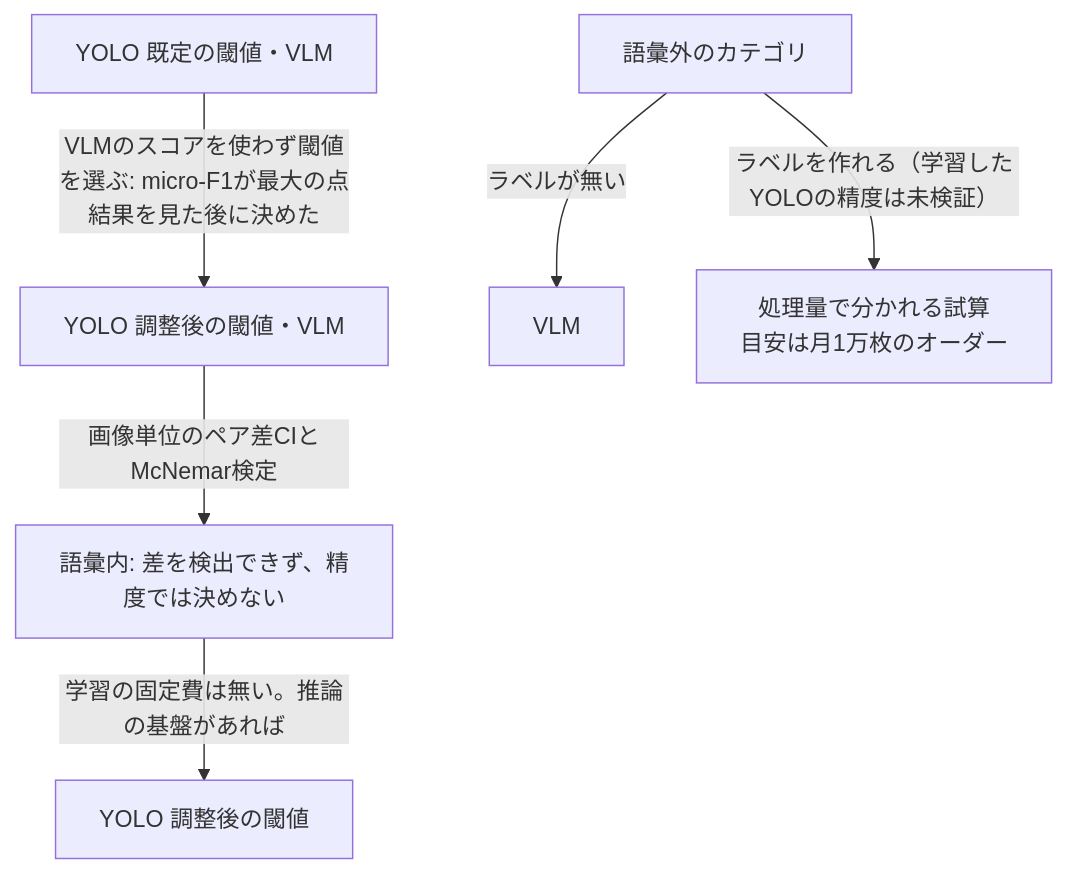
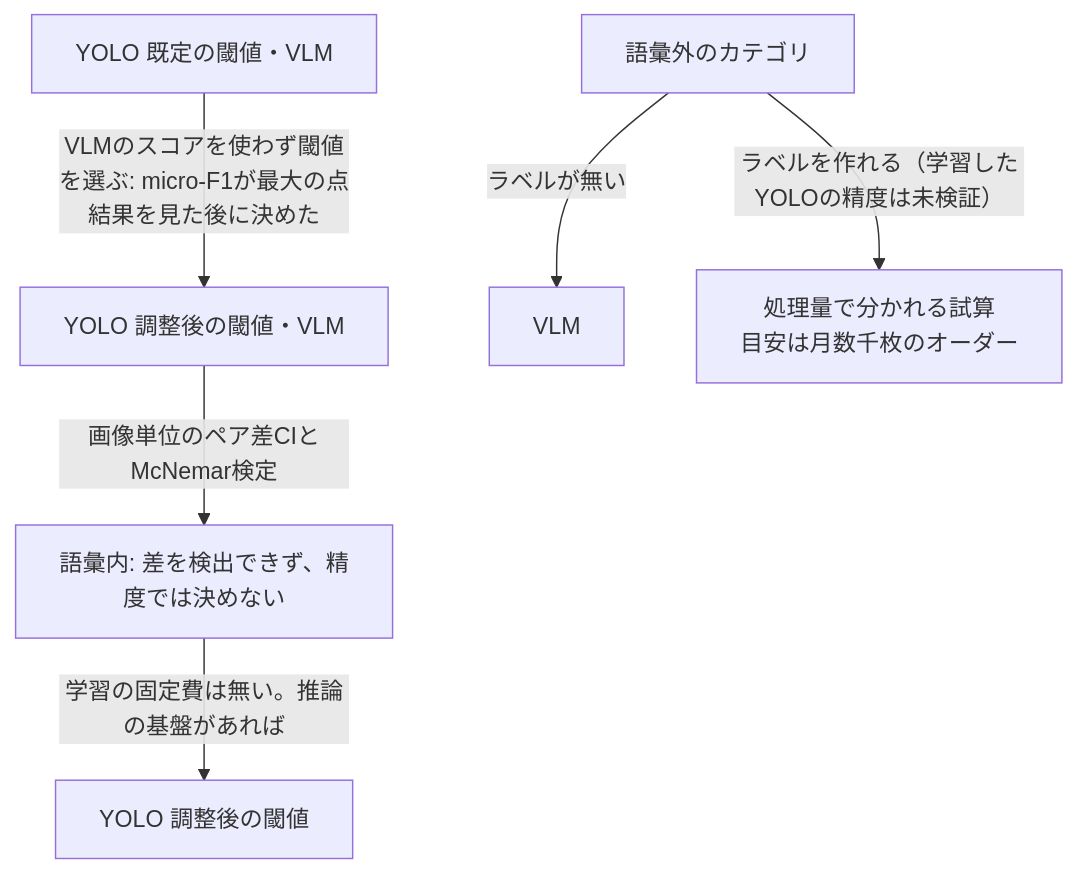
The diagram in README.md (yuya0408/vlm-vs-yolo), drawn with Mermaid before and after one commit. The commit also changed other lines of this file and 11 other files, not shown here.

````diff
--- a/README.md
+++ b/README.md
@@ -11,8 +11,8 @@
 ```mermaid
 flowchart TB
     A["YOLO 既定の閾値・VLM"] -->|"VLMのスコアを使わず閾値を選ぶ: micro-F1が最大の点<br/>結果を見た後に決めた"| B["YOLO 調整後の閾値・VLM"]
     B -->|"画像単位のペア差CIとMcNemar検定"| C["語彙内: 差を検出できず、精度では決めない"]
     C -->|"学習の固定費は無い。推論の基盤があれば"| F["YOLO 調整後の閾値"]
     X["語彙外のカテゴリ"] -->|"ラベルが無い"| D["VLM"]
-    X -->|"ラベルを作れる（学習したYOLOの精度は未検証）"| G["処理量で分かれる試算<br/>目安は月1万枚のオーダー"]
+    X -->|"ラベルを作れる（学習したYOLOの精度は未検証）"| G["処理量で分かれる試算<br/>目安は月数千枚のオーダー"]
 ```
````
